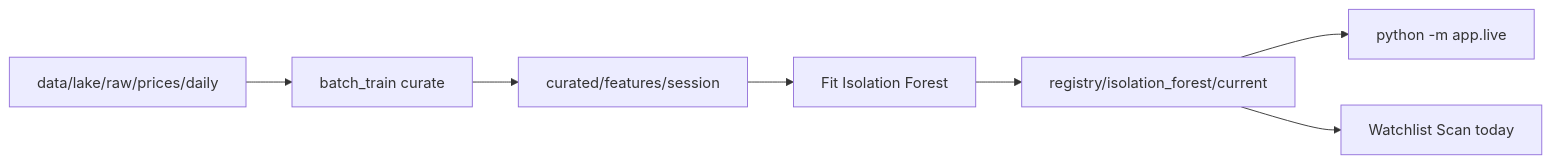
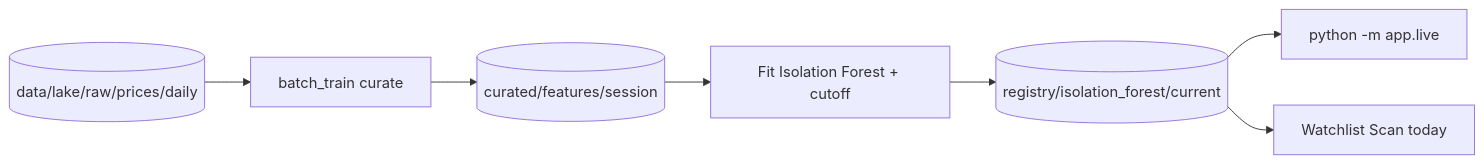
One commit to sameerde4/ticker-alert-system changed the sixth of 10 diagrams in docs/architecture.md. Above: the diagram before and after it, drawn with Mermaid. The commit also changed other lines of this file and 2 other files, not shown here.

First line of the commit message:
Publish finished-system architecture with slide-friendly diagrams.

````diff
--- a/docs/architecture.md
+++ b/docs/architecture.md
@@ -331,9 +338,9 @@
 ```mermaid
 flowchart LR
-    RAW[data/lake/raw/prices/daily] --> CURATE[batch_train curate]
-    CURATE --> FEAT[curated/features/session]
-    FEAT --> TRAIN[Fit Isolation Forest]
-    TRAIN --> REG[registry/isolation_forest/current]
+    RAW[(data/lake/raw/prices/daily)] --> CURATE[batch_train curate]
+    CURATE --> FEAT[(curated/features/session)]
+    FEAT --> TRAIN[Fit Isolation Forest + cutoff]
+    TRAIN --> REG[(registry/isolation_forest/current)]
     REG --> LIVE[python -m app.live]
     REG --> SCAN[Watchlist Scan today]
 ```
````
